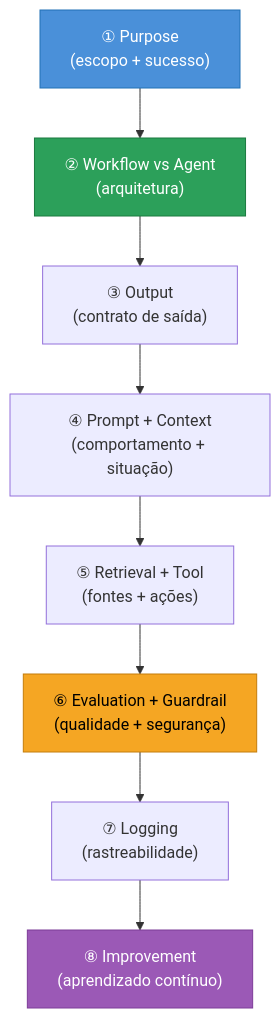
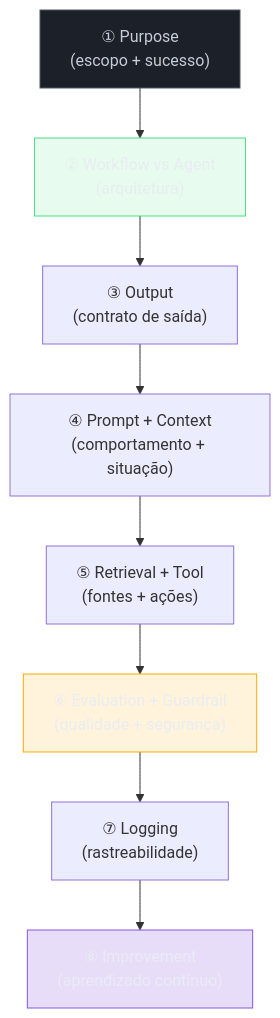
Before and after one commit to josenaldo/codex-technomanticus: the diagram in 03-Dominios/Tecnologia/IA/AI Engineering Stack/13 - Setup completo — do zero ao sistema de produção.md, drawn with Mermaid. The commit also changed 1181 other files, not shown here.

First line of the commit message:
fix(diagramas): paleta do sistema no lugar de cor cravada no markdown

````diff
--- a/03-Dominios/Tecnologia/IA/AI Engineering Stack/13 - Setup completo — do zero ao sistema de produção.md
+++ b/03-Dominios/Tecnologia/IA/AI Engineering Stack/13 - Setup completo — do zero ao sistema de produção.md
@@ -27,18 +27,22 @@
 ```mermaid
 flowchart TD
+    classDef neutro fill:#1B2029,stroke:#4E5666,color:#C6CCD8
+    classDef ok fill:#4ADE8021,stroke:#4ADE80,color:#E9ECF2
+    classDef destaque fill:#FFAA0024,stroke:#FFAA00,color:#E9ECF2
+    classDef marca fill:#8855DF33,stroke:#8855DF,color:#E9ECF2
     P1["① Purpose\n(escopo + sucesso)"]
     P7["② Workflow vs Agent\n(arquitetura)"]
     P4["③ Output\n(contrato de saída)"]
     P2["④ Prompt + Context\n(comportamento + situação)"]
     P5["⑤ Retrieval + Tool\n(fontes + ações)"]
     P8["⑥ Evaluation + Guardrail\n(qualidade + segurança)"]
     P10["⑦ Logging\n(rastreabilidade)"]
     P11["⑧ Improvement\n(aprendizado contínuo)"]
 
     P1 --> P7 --> P4 --> P2 --> P5 --> P8 --> P10 --> P11
 
-    style P1 fill:#4A90D9,stroke:#2171B5,color:#fff
-    style P7 fill:#2CA05A,stroke:#1A7A3F,color:#fff
-    style P8 fill:#F5A623,stroke:#C47D0A,color:#000
-    style P11 fill:#9B59B6,stroke:#7D3C98,color:#fff
+    class P1 neutro
+    class P7 ok
+    class P8 destaque
+    class P11 marca
 ```
````
